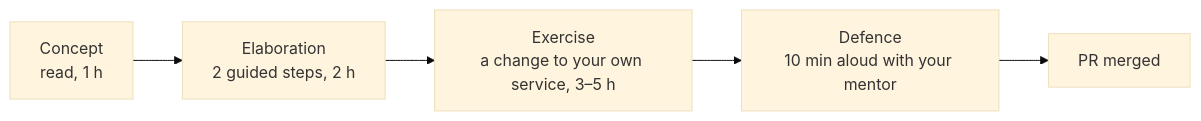
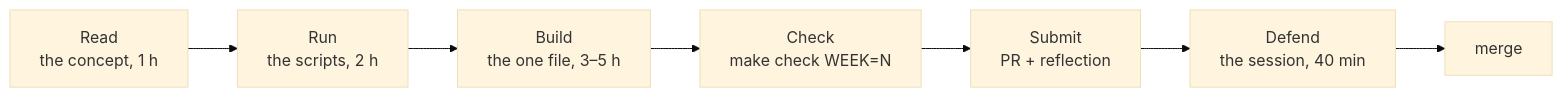
The diagram in docs/track.md (anilmodest/ai-eng-track-dryrun), drawn with Mermaid (base theme) before and after one commit. The commit also changed other lines of this file and 2 other files, not shown here.

````diff
--- a/docs/track.md
+++ b/docs/track.md
@@ -34,7 +35,9 @@
 ```mermaid
 flowchart LR
-  A["Concept<br/>read, 1 h"] --> B["Elaboration<br/>2 guided steps, 2 h"]
-  B --> C["Exercise<br/>a change to your own service, 3–5 h"]
-  C --> D["Defence<br/>10 min aloud with your mentor"]
-  D --> E["PR merged"]
+  A["Read<br/>the concept, 1 h"] --> B["Run<br/>the scripts, 2 h"]
+  B --> C["Build<br/>the one file, 3–5 h"]
+  C --> D["Check<br/>make check WEEK=N"]
+  D --> E["Submit<br/>PR + reflection"]
+  E --> F["Defend<br/>the session, 40 min"]
+  F --> G["merge"]
 ```
````
